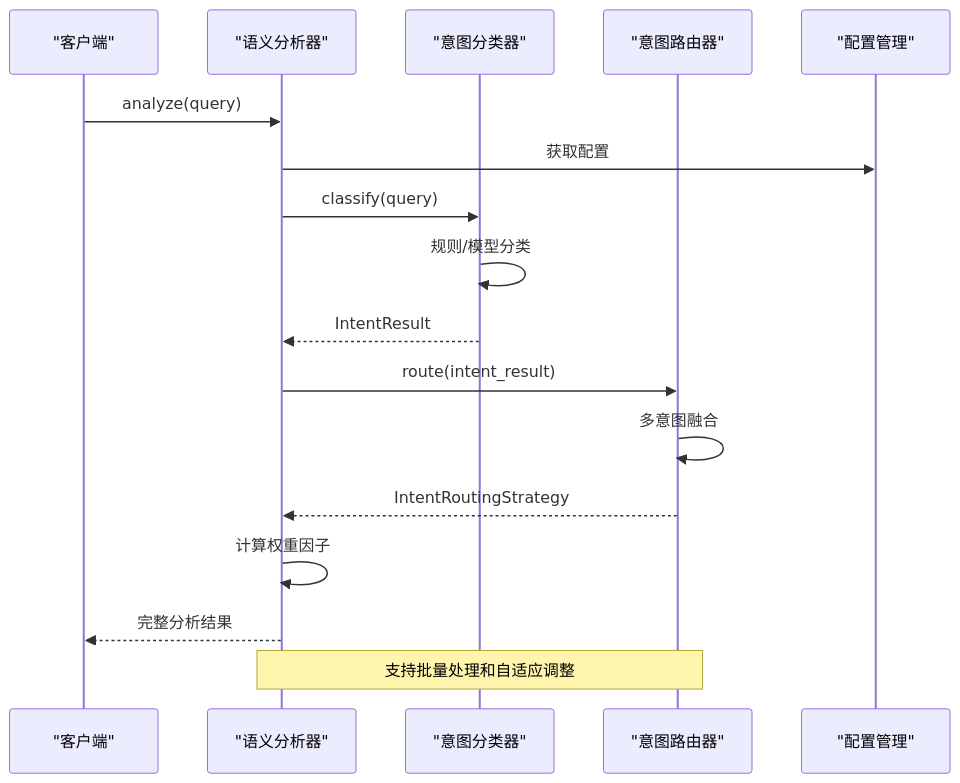
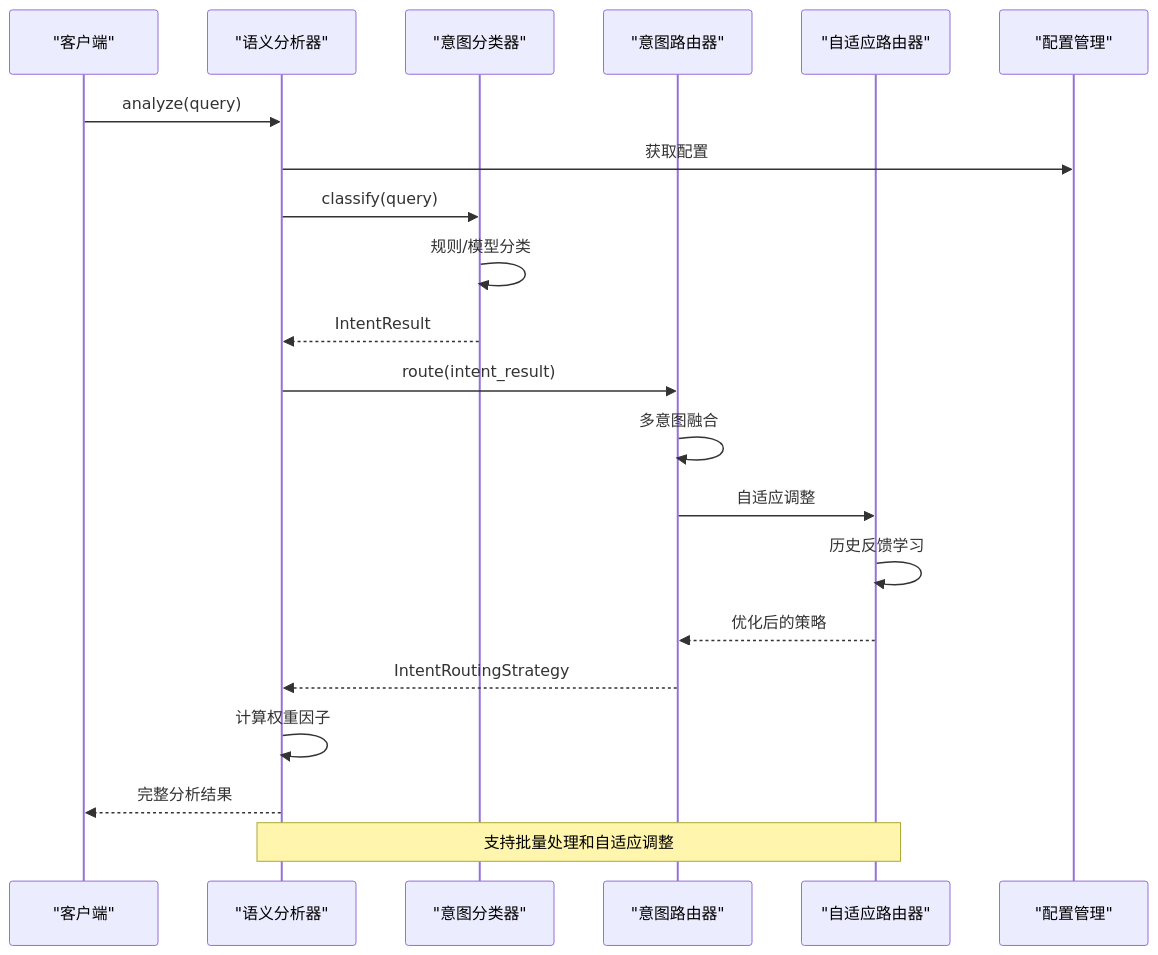
The second of 12 diagrams in .qoder/repowiki/zh/content/意图分析系统.md (JieGaoPrinceton/NecoRAG), drawn with Mermaid before and after one commit. The commit also changed other lines of this file and 82 other files, not shown here.

````diff
--- a/.qoder/repowiki/zh/content/意图分析系统.md
+++ b/.qoder/repowiki/zh/content/意图分析系统.md
@@ -110,19 +138,23 @@
 ```mermaid
 sequenceDiagram
 participant Client as "客户端"
 participant Analyzer as "语义分析器"
 participant Classifier as "意图分类器"
 participant Router as "意图路由器"
+participant AdaptiveRouter as "自适应路由器"
 participant Config as "配置管理"
 Client->>Analyzer : analyze(query)
 Analyzer->>Config : 获取配置
 Analyzer->>Classifier : classify(query)
 Classifier->>Classifier : 规则/模型分类
 Classifier-->>Analyzer : IntentResult
 Analyzer->>Router : route(intent_result)
 Router->>Router : 多意图融合
+Router->>AdaptiveRouter : 自适应调整
+AdaptiveRouter->>AdaptiveRouter : 历史反馈学习
+AdaptiveRouter-->>Router : 优化后的策略
 Router-->>Analyzer : IntentRoutingStrategy
 Analyzer->>Analyzer : 计算权重因子
 Analyzer-->>Client : 完整分析结果
-Note over Analyzer,Router : 支持批量处理和自适应调整
+Note over Analyzer,AdaptiveRouter : 支持批量处理和自适应调整
 ```
````
